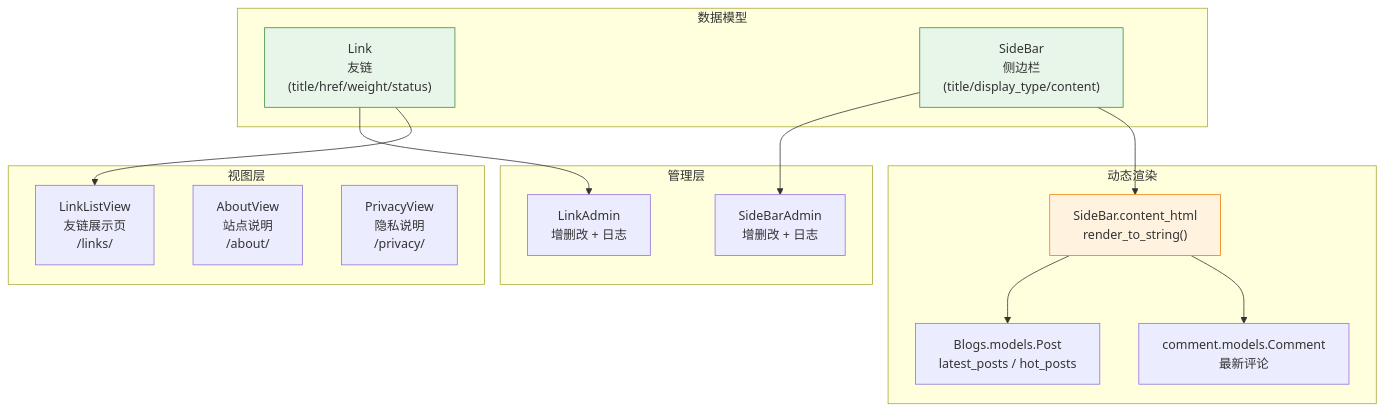
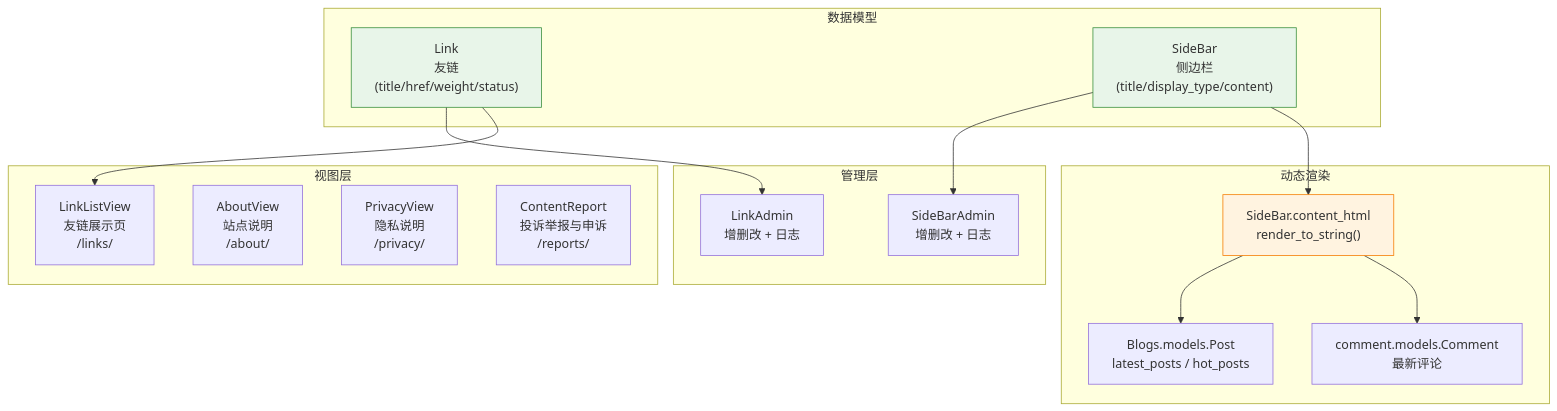
One commit to se-veN714/PowerAdapterBlogs changed the first of 7 diagrams in config/DEVELOPMENT.md. Above: the diagram before and after it, drawn with Mermaid. The commit also changed other lines of this file and 55 other files, not shown here.

````diff
--- a/config/DEVELOPMENT.md
+++ b/config/DEVELOPMENT.md
@@ -25,35 +26,36 @@
 ```mermaid
 flowchart TD
     subgraph models["数据模型"]
         LINK["Link<br/>友链<br/>(title/href/weight/status)"]
         SB["SideBar<br/>侧边栏<br/>(title/display_type/content)"]
     end
 
     subgraph admin["管理层"]
         LA["LinkAdmin<br/>增删改 + 日志"]
         SBA["SideBarAdmin<br/>增删改 + 日志"]
     end
 
     subgraph views["视图层"]
         LLV["LinkListView<br/>友链展示页<br/>/links/"]
         ABOUT["AboutView<br/>站点说明<br/>/about/"]
         PRIVACY["PrivacyView<br/>隐私说明<br/>/privacy/"]
+        REPORT["ContentReport<br/>投诉举报与申诉<br/>/reports/"]
     end
 
     subgraph render["动态渲染"]
         SBP["SideBar.content_html<br/>render_to_string()"]
         BLOG["Blogs.models.Post<br/>latest_posts / hot_posts"]
         CM["comment.models.Comment<br/>最新评论"]
     end
 
     LINK --> LA
     SB --> SBA
     LINK --> LLV
     SB --> SBP
     SBP --> BLOG
     SBP --> CM
 
     style LINK fill:#e8f5e9,stroke:#388e3c
     style SB fill:#e8f5e9,stroke:#388e3c
     style SBP fill:#fff3e0,stroke:#f57c00
 ```
````
